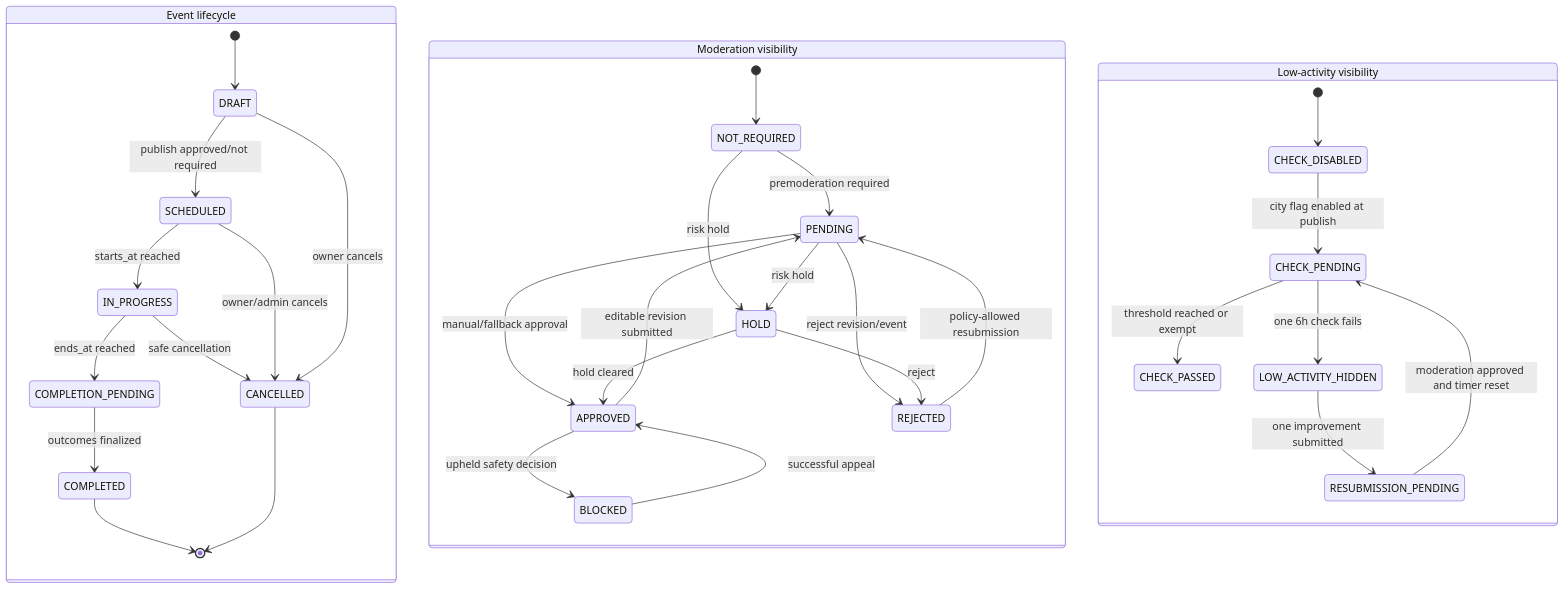
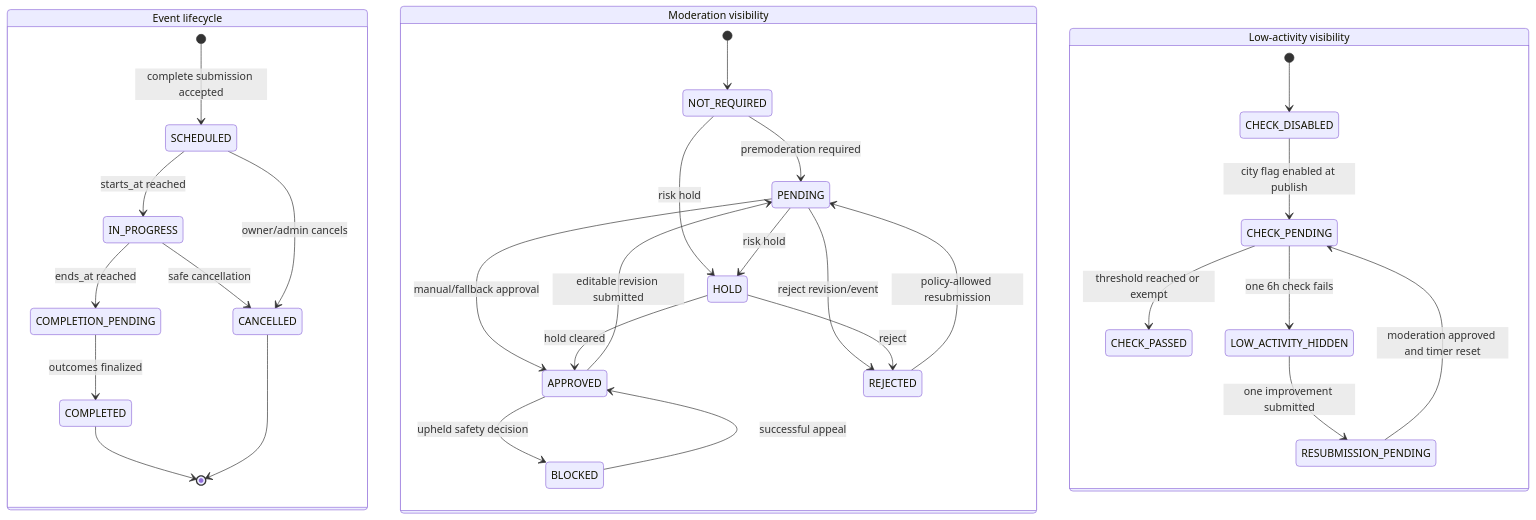
The diagram in docs/g4/diagrams/04-event-state.mmd (ittadoru/afisha-bot), drawn with Mermaid before and after one commit. The commit also changed 77 other files, not shown here.

```diff
--- a/docs/g4/diagrams/04-event-state.mmd
+++ b/docs/g4/diagrams/04-event-state.mmd
@@ -1,37 +1,35 @@
 stateDiagram-v2
     state "Event lifecycle" as lifecycle {
-        [*] --> DRAFT
-        DRAFT --> SCHEDULED: publish approved/not required
-        DRAFT --> CANCELLED: owner cancels
+        [*] --> SCHEDULED: complete submission accepted
         SCHEDULED --> IN_PROGRESS: starts_at reached
         SCHEDULED --> CANCELLED: owner/admin cancels
         IN_PROGRESS --> COMPLETION_PENDING: ends_at reached
         IN_PROGRESS --> CANCELLED: safe cancellation
         COMPLETION_PENDING --> COMPLETED: outcomes finalized
         COMPLETED --> [*]
         CANCELLED --> [*]
     }
 
     state "Moderation visibility" as moderation {
         [*] --> NOT_REQUIRED
         NOT_REQUIRED --> PENDING: premoderation required
         NOT_REQUIRED --> HOLD: risk hold
         PENDING --> APPROVED: manual/fallback approval
         PENDING --> REJECTED: reject revision/event
         PENDING --> HOLD: risk hold
         APPROVED --> PENDING: editable revision submitted
         APPROVED --> BLOCKED: upheld safety decision
         HOLD --> APPROVED: hold cleared
         HOLD --> REJECTED: reject
         REJECTED --> PENDING: policy-allowed resubmission
         BLOCKED --> APPROVED: successful appeal
     }
 
     state "Low-activity visibility" as activity {
         [*] --> CHECK_DISABLED
         CHECK_DISABLED --> CHECK_PENDING: city flag enabled at publish
         CHECK_PENDING --> CHECK_PASSED: threshold reached or exempt
         CHECK_PENDING --> LOW_ACTIVITY_HIDDEN: one 6h check fails
         LOW_ACTIVITY_HIDDEN --> RESUBMISSION_PENDING: one improvement submitted
         RESUBMISSION_PENDING --> CHECK_PENDING: moderation approved and timer reset
     }
```
